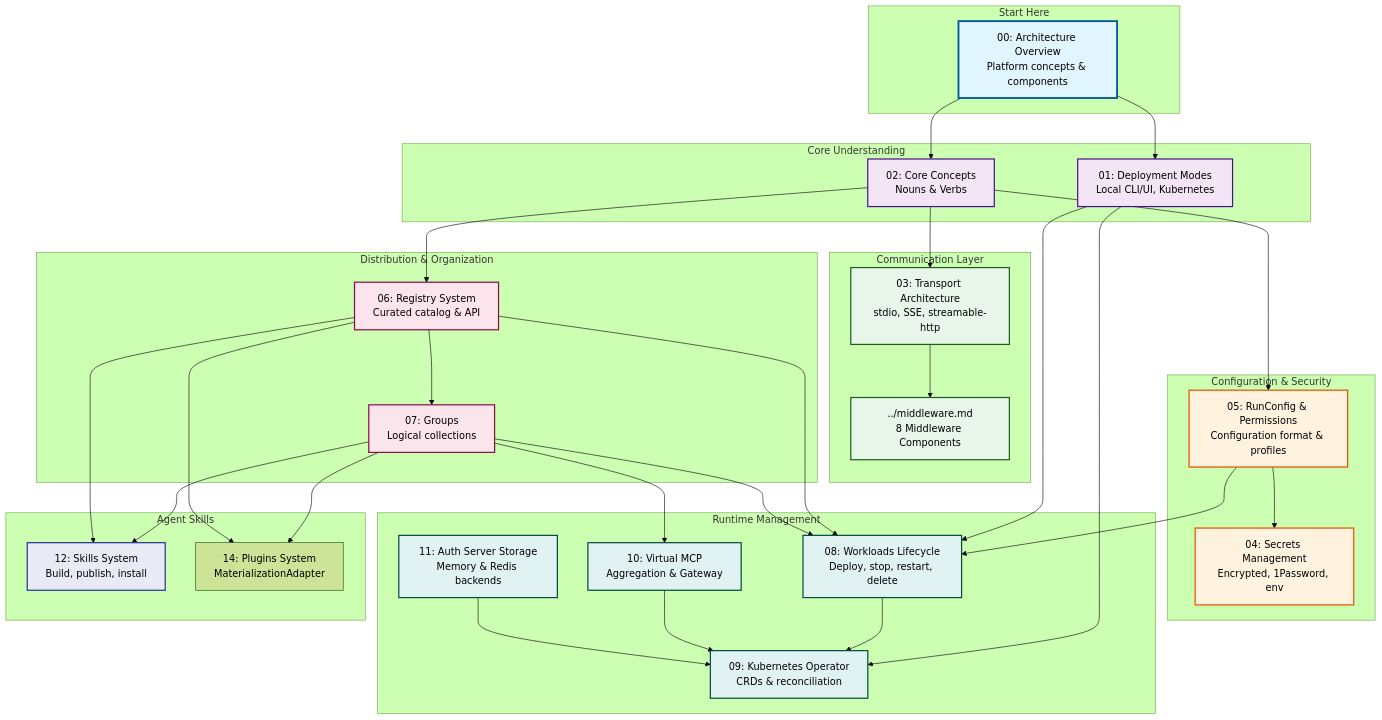
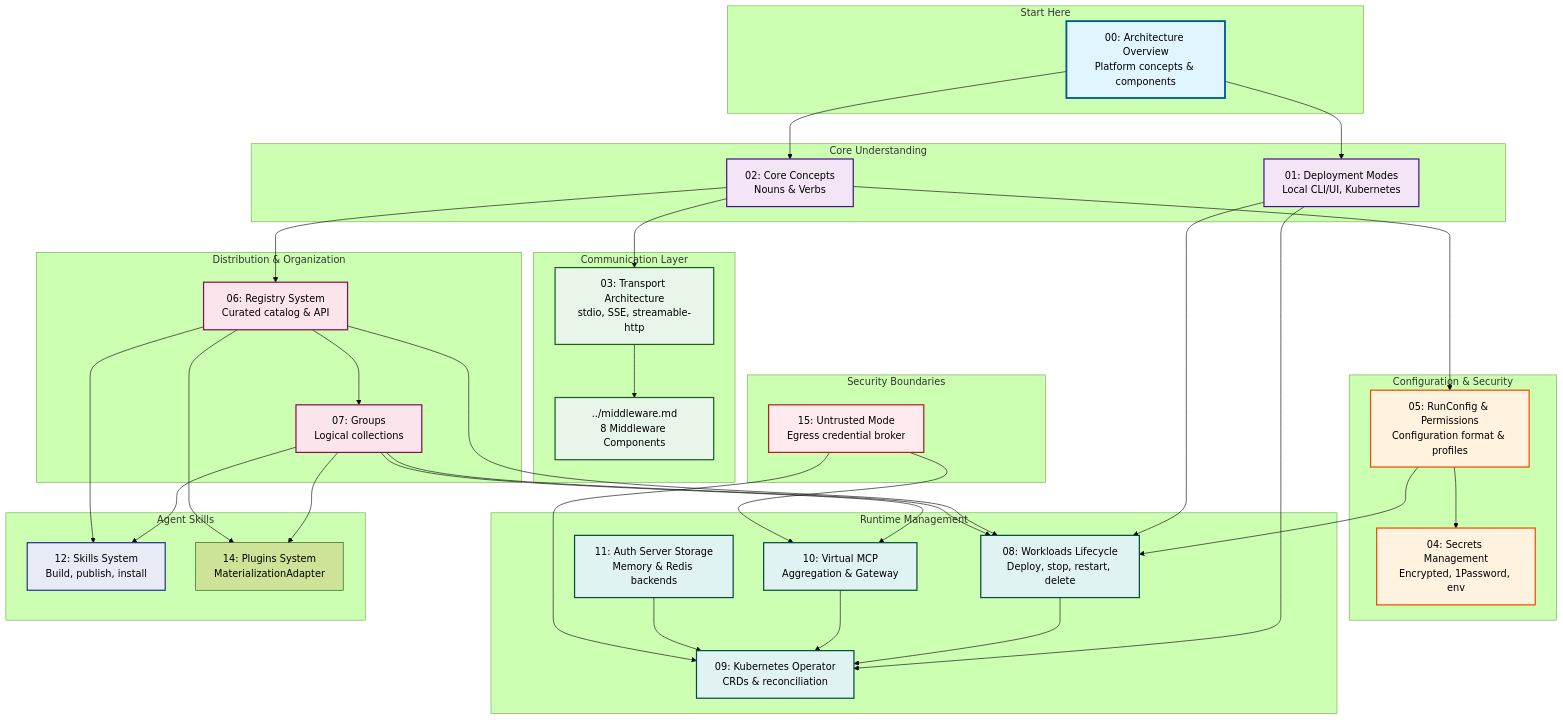
Before and after one commit to stacklok/toolhive: the diagram in docs/arch/README.md, drawn with Mermaid (forest theme). The commit also changed other lines of this file and 6 other files, not shown here.

Commit message:
Document untrusted mode architecture and operations

````diff
--- a/docs/arch/README.md
+++ b/docs/arch/README.md
@@ -177,6 +185,10 @@
         Plugins[14: Plugins System<br/>MaterializationAdapter]
     end
 
+    subgraph "Security Boundaries"
+        Untrusted[15: Untrusted Mode<br/>Egress credential broker]
+    end
+
     %% Navigation paths
     Overview --> Concepts
     Overview --> Deployment
@@ -207,6 +219,8 @@
     Workloads --> Operator
     vMCP --> Operator
     AuthStorage --> Operator
+    Untrusted --> vMCP
+    Untrusted --> Operator
 
     %% Styling
     style Overview fill:#e1f5fe,stroke:#01579b,stroke-width:3px
@@ -223,4 +237,5 @@
     style vMCP fill:#e0f2f1,stroke:#004d40,stroke-width:2px
     style AuthStorage fill:#e0f2f1,stroke:#004d40,stroke-width:2px
     style Skills fill:#e8eaf6,stroke:#283593,stroke-width:2px
+    style Untrusted fill:#ffebee,stroke:#b71c1c,stroke-width:2px
 ```
````
